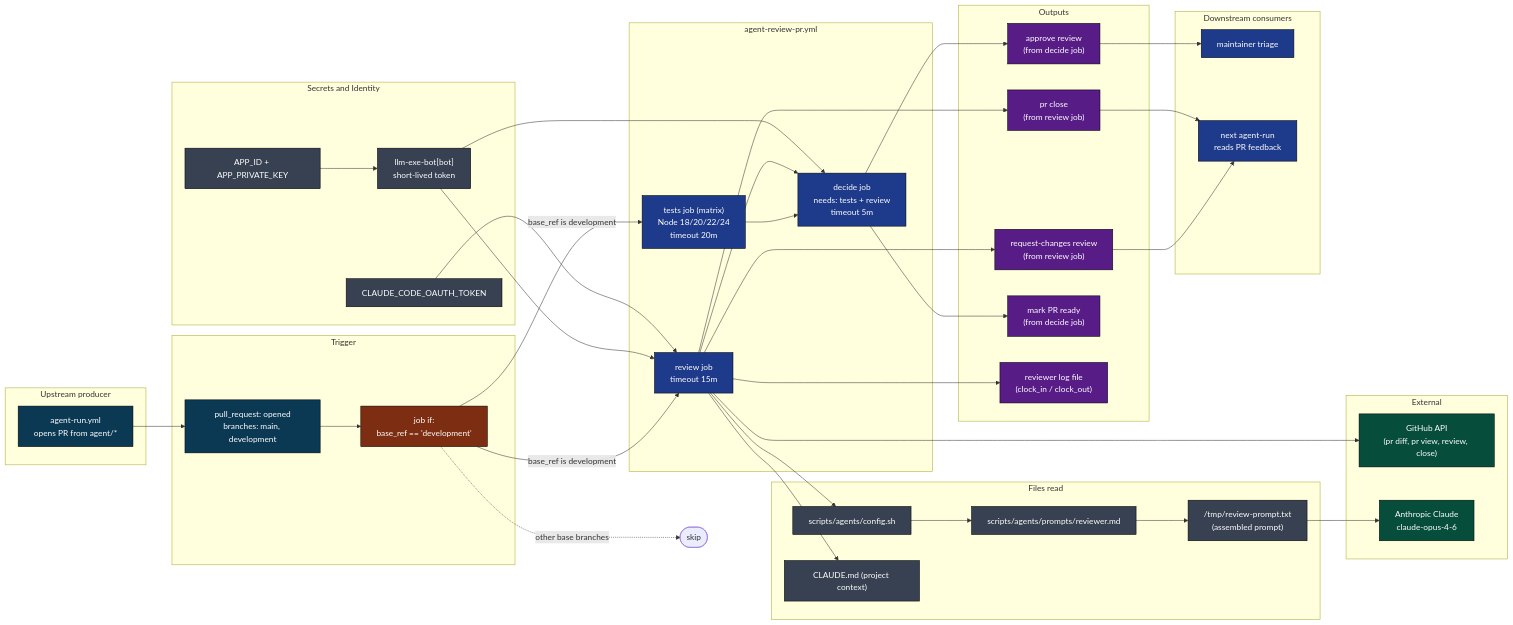
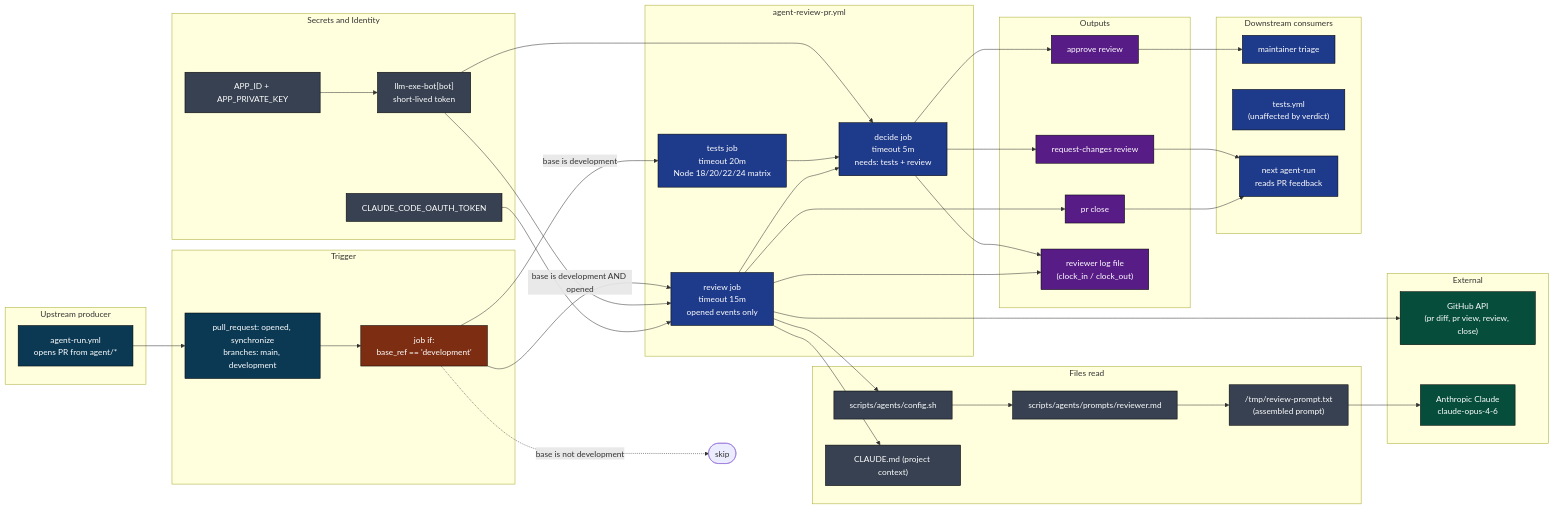
Before and after one commit to gregreindel/llm-exe: the first of 12 diagrams in .github/docs/AGENT_REVIEW_PR_DEEP_DIVE.md, drawn with Mermaid. The commit also changed other lines of this file and 4 other files, not shown here.

````diff
--- a/.github/docs/AGENT_REVIEW_PR_DEEP_DIVE.md
+++ b/.github/docs/AGENT_REVIEW_PR_DEEP_DIVE.md
@@ -28,81 +28,81 @@
 ```mermaid
 flowchart LR
     classDef trig fill:#0b3954,color:#fff,stroke:#000
     classDef gate fill:#7c2d12,color:#fff,stroke:#000
     classDef job fill:#1e3a8a,color:#fff,stroke:#000
     classDef ext fill:#064e3b,color:#fff,stroke:#000
     classDef file fill:#374151,color:#fff,stroke:#000
     classDef out fill:#581c87,color:#fff,stroke:#000
 
     subgraph U["Upstream producer"]
         AR["agent-run.yml\nopens PR from agent/*"]:::trig
     end
 
     subgraph T["Trigger"]
-        t1["pull_request: opened\nbranches: main, development"]:::trig
+        t1["pull_request: opened, synchronize\nbranches: main, development"]:::trig
         f1["job if:\nbase_ref == 'development'"]:::gate
     end
 
     subgraph A["agent-review-pr.yml"]
-        TST["tests job (matrix)\nNode 18/20/22/24\ntimeout 20m"]:::job
-        R["review job\ntimeout 15m"]:::job
-        DEC["decide job\nneeds: tests + review\ntimeout 5m"]:::job
-        TST --> DEC
-        R --> DEC
+        TS["tests job\ntimeout 20m\nNode 18/20/22/24 matrix"]:::job
+        R["review job\ntimeout 15m\nopened events only"]:::job
+        DC["decide job\ntimeout 5m\nneeds: tests + review"]:::job
     end
 
     subgraph S["Secrets and Identity"]
         s1["APP_ID + APP_PRIVATE_KEY"]:::file
         s2["CLAUDE_CODE_OAUTH_TOKEN"]:::file
         bot["llm-exe-bot[bot]\nshort-lived token"]:::file
     end
 
     subgraph F["Files read"]
         cfg["scripts/agents/config.sh"]:::file
         pr["scripts/agents/prompts/reviewer.md"]:::file
         tmp["/tmp/review-prompt.txt\n(assembled prompt)"]:::file
         cmd["CLAUDE.md (project context)"]:::file
     end
 
     subgraph X["External"]
         gh["GitHub API\n(pr diff, pr view, review, close)"]:::ext
         ant["Anthropic Claude\nclaude-opus-4-6"]:::ext
     end
 
     subgraph O["Outputs"]
-        v1["approve review\n(from decide job)"]:::out
-        v2["request-changes review\n(from review job)"]:::out
-        v3["pr close\n(from review job)"]:::out
-        ready["mark PR ready\n(from decide job)"]:::out
+        v1["approve review"]:::out
+        v2["request-changes review"]:::out
+        v3["pr close"]:::out
         log["reviewer log file\n(clock_in / clock_out)"]:::out
     end
 
     subgraph D["Downstream consumers"]
         man["maintainer triage"]:::job
+        tst["tests.yml\n(unaffected by verdict)"]:::job
         next["next agent-run\nreads PR feedback"]:::job
     end
 
     AR --> t1
     t1 --> f1
-    f1 -->|base_ref is development| TST
-    f1 -->|base_ref is development| R
-    f1 -.->|other base branches| skip(["skip"])
+    f1 -->|base is development| TS
+    f1 -->|base is development AND opened| R
+    f1 -.->|base is not development| skip(["skip"])
     s1 --> bot
     bot --> R
-    bot --> DEC
+    bot --> DC
     s2 --> R
     R --> cfg
     cfg --> pr
     pr --> tmp
     R --> cmd
     tmp --> ant
     R --> gh
-    DEC --> v1
-    DEC --> ready
-    R --> v2
+    TS --> DC
+    R --> DC
+    DC --> v1
+    DC --> v2
     R --> v3
+    DC --> log
     R --> log
     v1 --> man
     v2 --> next
     v3 --> next
 ```
````
